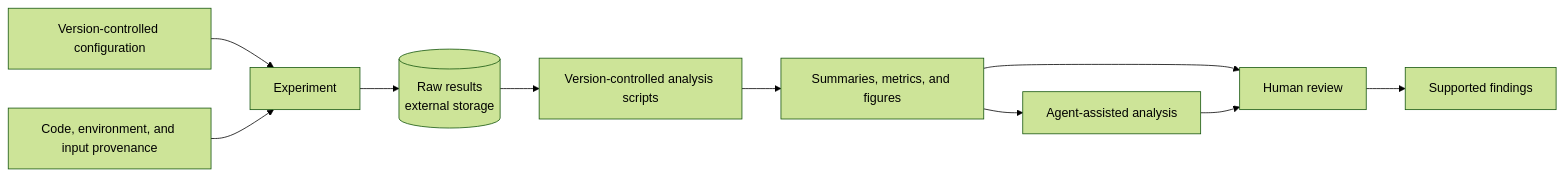
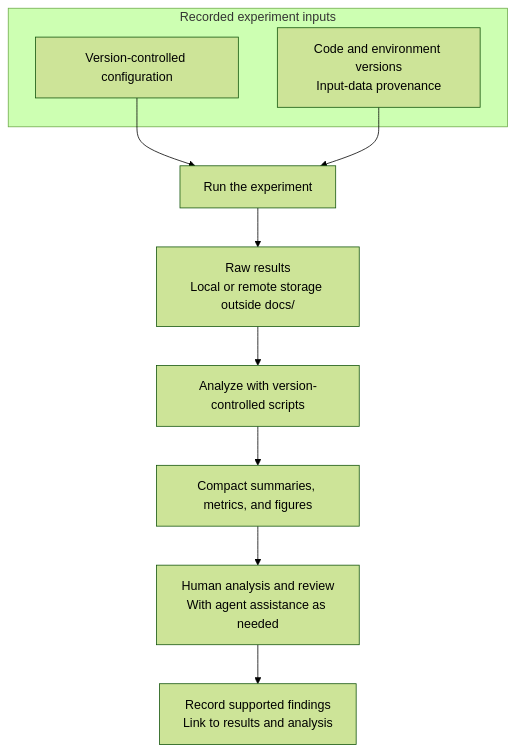
The second of 2 diagrams in docs/15_Agentic_Workflow.md (7FeiW/Incomplete_guide), drawn with Mermaid (forest theme) before and after one commit. The commit also changed other lines of this file, not shown here.

Commit message:
update figures

````diff
--- a/docs/15_Agentic_Workflow.md
+++ b/docs/15_Agentic_Workflow.md
@@ -131,12 +136,15 @@
 ```mermaid
-flowchart LR
-    C[Version-controlled configuration] --> E[Experiment]
-    P[Code, environment, and input provenance] --> E
-    E --> R[(Raw results<br/>external storage)]
-    R --> S[Version-controlled analysis scripts]
-    S --> M[Summaries, metrics, and figures]
-    M --> A[Agent-assisted analysis]
-    M --> H[Human review]
-    A --> H
-    H --> F[Supported findings]
+flowchart TB
+    subgraph Inputs[Recorded experiment inputs]
+        C["Version-controlled configuration"]
+        P["Code and environment versions<br/>Input-data provenance"]
+    end
+
+    C --> E["Run the experiment"]
+    P --> E
+    E --> R["Raw results<br/>Local or remote storage outside docs/"]
+    R --> S["Analyze with version-controlled scripts"]
+    S --> M["Compact summaries, metrics, and figures"]
+    M --> H["Human analysis and review<br/>With agent assistance as needed"]
+    H --> F["Record supported findings<br/>Link to results and analysis"]
 ```
````
